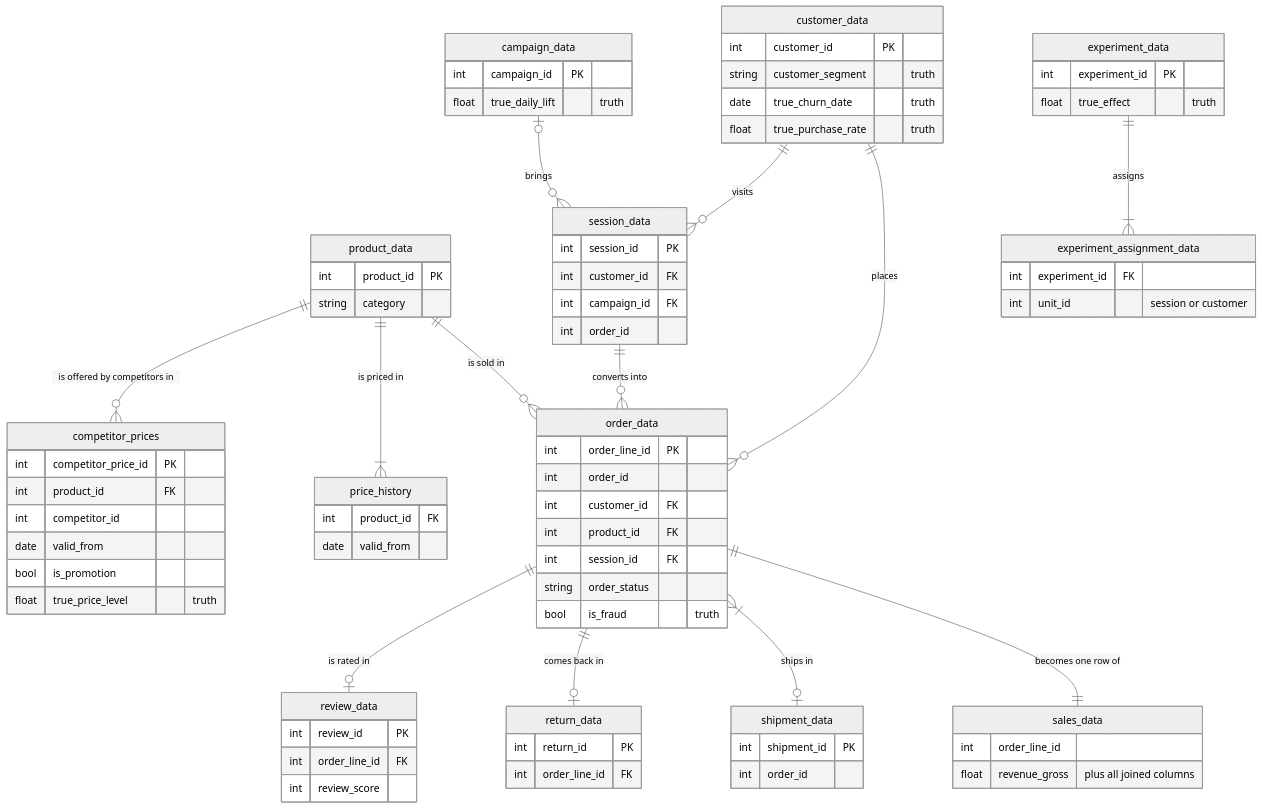
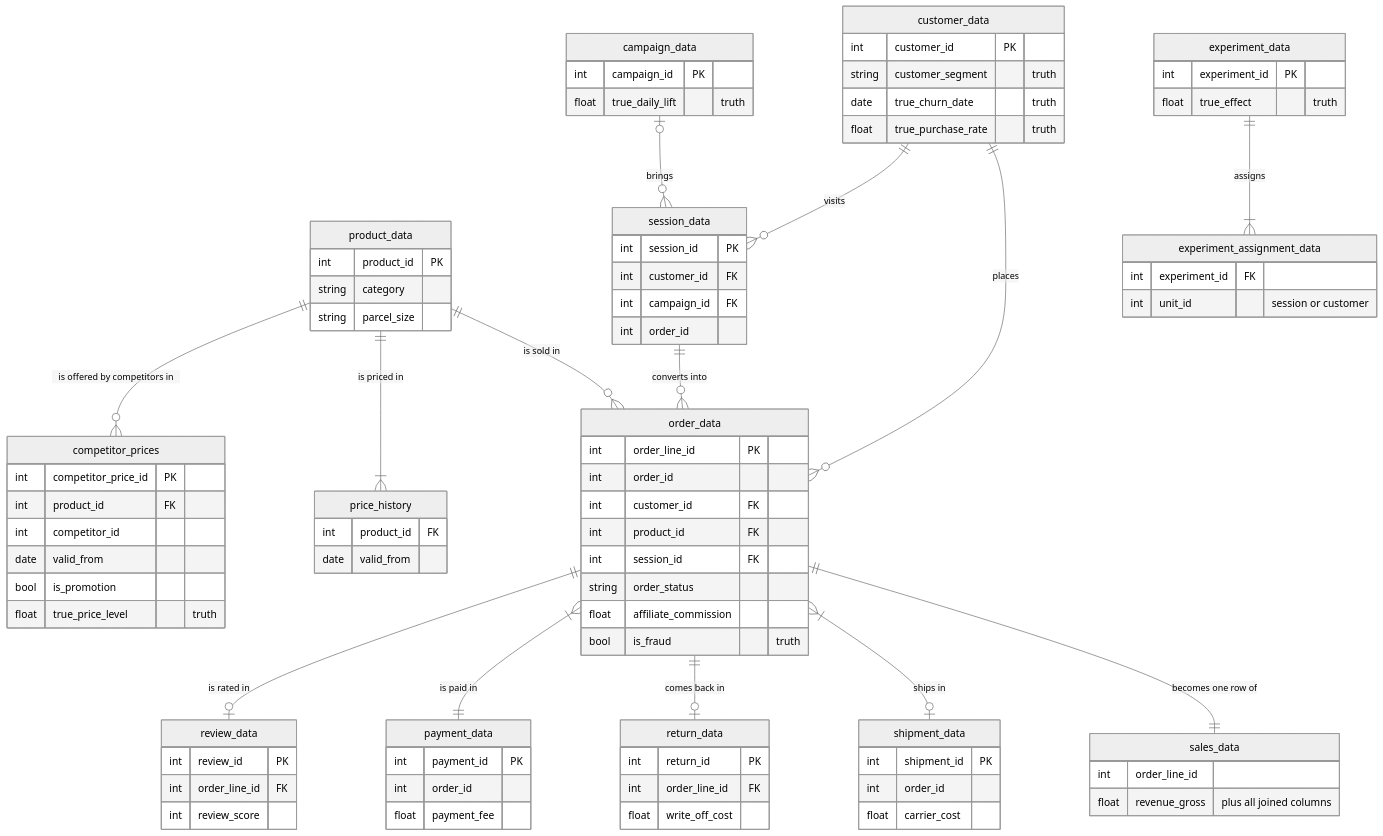
One commit to tlabedzki/Data-Generator changed the diagram in docs/data-model.md. Above: the diagram before and after it, drawn with Mermaid (neutral theme). The commit also changed other lines of this file and 16 other files, not shown here.

First line of the commit message:
Add shop costs: carrier, returns, payment fees and affiliate commission (proposed 1.7.0)

```diff
--- a/docs/data-model.md
+++ b/docs/data-model.md
@@ -12,6 +12,7 @@
     order_data ||--|| sales_data : "becomes one row of"
     order_data }|--o| shipment_data : "ships in"
     order_data ||--o| return_data : "comes back in"
+    order_data }|--|| payment_data : "is paid in"
     order_data ||--o| review_data : "is rated in"
     customer_data ||--o{ session_data : visits
     campaign_data |o--o{ session_data : brings
@@ -26,6 +27,7 @@
     product_data {
         int product_id PK
         string category
+        string parcel_size
     }
     order_data {
         int order_line_id PK
@@ -34,6 +36,7 @@
         int product_id FK
         int session_id FK
         string order_status
+        float affiliate_commission
         bool is_fraud "truth"
     }
     sales_data {
@@ -55,10 +58,17 @@
     shipment_data {
         int shipment_id PK
         int order_id
+        float carrier_cost
     }
     return_data {
         int return_id PK
         int order_line_id FK
+        float write_off_cost
+    }
+    payment_data {
+        int payment_id PK
+        int order_id
+        float payment_fee
     }
     review_data {
         int review_id PK
```
